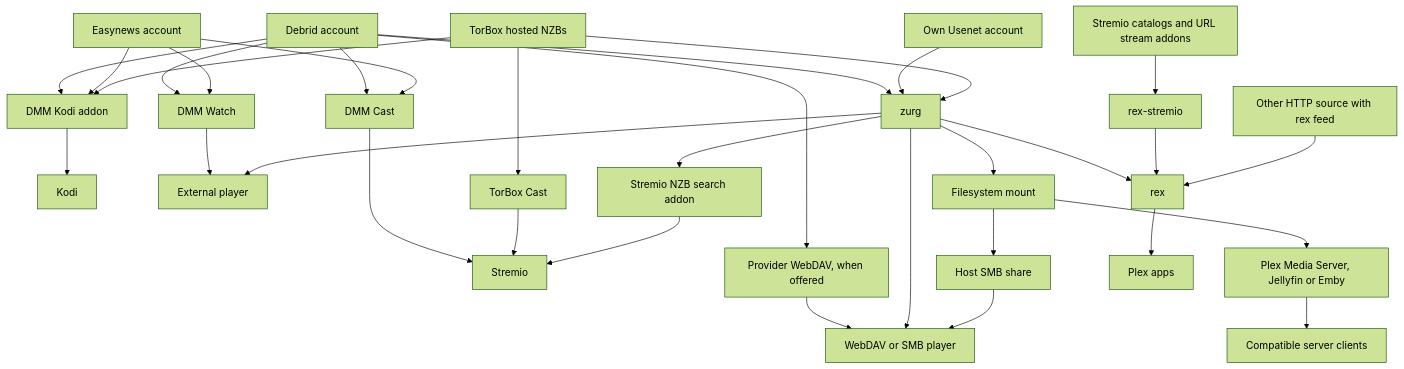
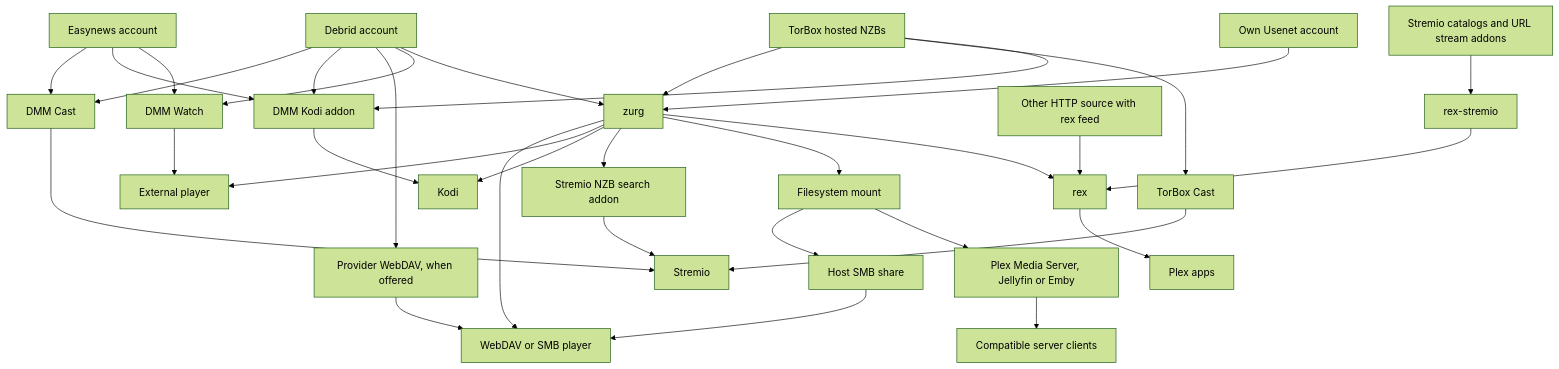
One commit to debridmediamanager/notes changed the first of 3 diagrams in guides/choose-your-setup.md. Above: the diagram before and after it, drawn with Mermaid (forest theme). The commit also changed 1 other file, not shown here.

Commit message:
docs: add zurg to Kodi over WebDAV in the playback map

````diff
--- a/guides/choose-your-setup.md
+++ b/guides/choose-your-setup.md
@@ -48,34 +48,35 @@
 ```mermaid
 flowchart TD
     A[Debrid account] --> B[DMM Cast]
     E[Easynews account] --> B
     B --> C[Stremio]
     A --> K[DMM Kodi addon]
     E --> K
     K --> KD[Kodi]
     A --> D[Provider WebDAV, when offered]
     D --> W[WebDAV or SMB player]
     A --> V[DMM Watch]
     E --> V
     V --> F[External player]
     A --> Z[zurg]
     N[Own Usenet account] --> Z
     T2[TorBox hosted NZBs] --> Z
     T2 --> TC[TorBox Cast]
     TC --> C
     T2 --> K
     Z --> W[WebDAV or SMB player]
     Z --> F
+    Z --> KD
     Z --> ZA[Stremio NZB search addon]
     ZA --> C
     Z --> M[Filesystem mount]
     M --> SMB[Host SMB share]
     SMB --> W
     M --> S[Plex Media Server, Jellyfin or Emby]
     S --> P[Compatible server clients]
     Z --> R[rex]
     T[Stremio catalogs and URL stream addons] --> X[rex-stremio]
     X --> R
     H[Other HTTP source with rex feed] --> R
     R --> Q[Plex apps]
 ```
````
